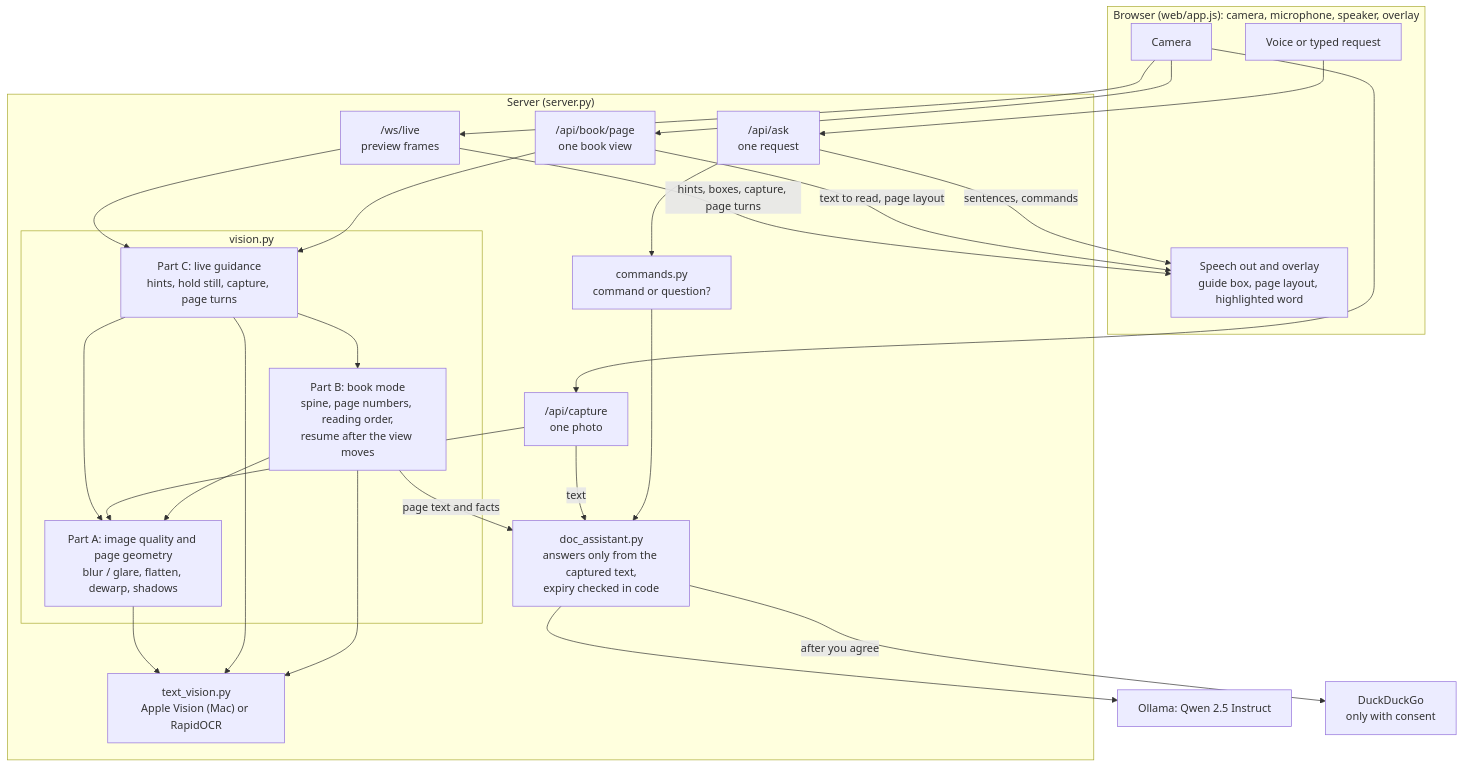
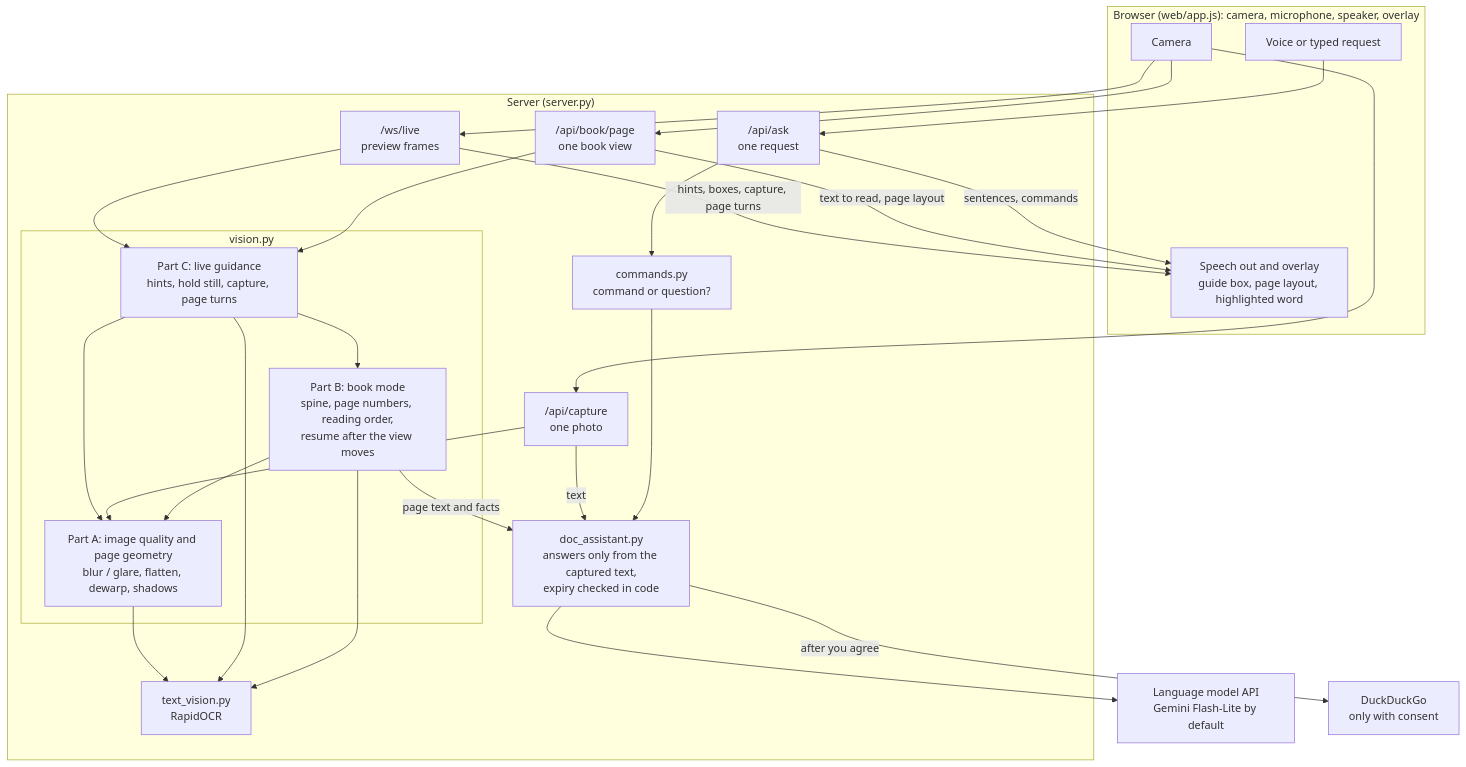
One commit to neerajprao/Helping_Eyes-main changed the first of 2 diagrams in README.md. Above: the diagram before and after it, drawn with Mermaid. The commit also changed other lines of this file and 17 other files, not shown here.

Commit message:
removed graphyfy

````diff
--- a/README.md
+++ b/README.md
@@ -77,53 +77,53 @@
 ```mermaid
 flowchart TB
     subgraph BR["Browser (web/app.js): camera, microphone, speaker, overlay"]
         CAM[Camera]
         MIC[Voice or typed request]
         OUT[Speech out and overlay<br/>guide box, page layout, highlighted word]
     end
 
     subgraph SV["Server (server.py)"]
         WS["/ws/live<br/>preview frames"]
         CAP["/api/capture<br/>one photo"]
         BK["/api/book/page<br/>one book view"]
         ASK["/api/ask<br/>one request"]
         CMD["commands.py<br/>command or question?"]
 
         subgraph VIS["vision.py"]
             PC["Part C: live guidance<br/>hints, hold still, capture, page turns"]
             PB["Part B: book mode<br/>spine, page numbers, reading order,<br/>resume after the view moves"]
             PA["Part A: image quality and page geometry<br/>blur / glare, flatten, dewarp, shadows"]
         end
 
-        OCR["text_vision.py<br/>Apple Vision (Mac) or RapidOCR"]
+        OCR["text_vision.py<br/>RapidOCR"]
         DA["doc_assistant.py<br/>answers only from the captured text,<br/>expiry checked in code"]
     end
 
-    LLM[Ollama: Qwen 2.5 Instruct]
+    LLM[Language model API<br/>Gemini Flash-Lite by default]
     WEB[DuckDuckGo<br/>only with consent]
 
     CAM --> WS
     CAM --> CAP
     CAM --> BK
     MIC --> ASK
 
     WS --> PC
     BK --> PC
     PC --> PB
     PC --> PA
     CAP --> PA
     PB --> PA
     PA --> OCR
     PC --> OCR
     PB --> OCR
     PB -- page text and facts --> DA
     CAP -- text --> DA
     ASK --> CMD
     CMD --> DA
     DA --> LLM
     DA -- after you agree --> WEB
 
     WS -- hints, boxes, capture, page turns --> OUT
     BK -- text to read, page layout --> OUT
     ASK -- sentences, commands --> OUT
 ```
````
